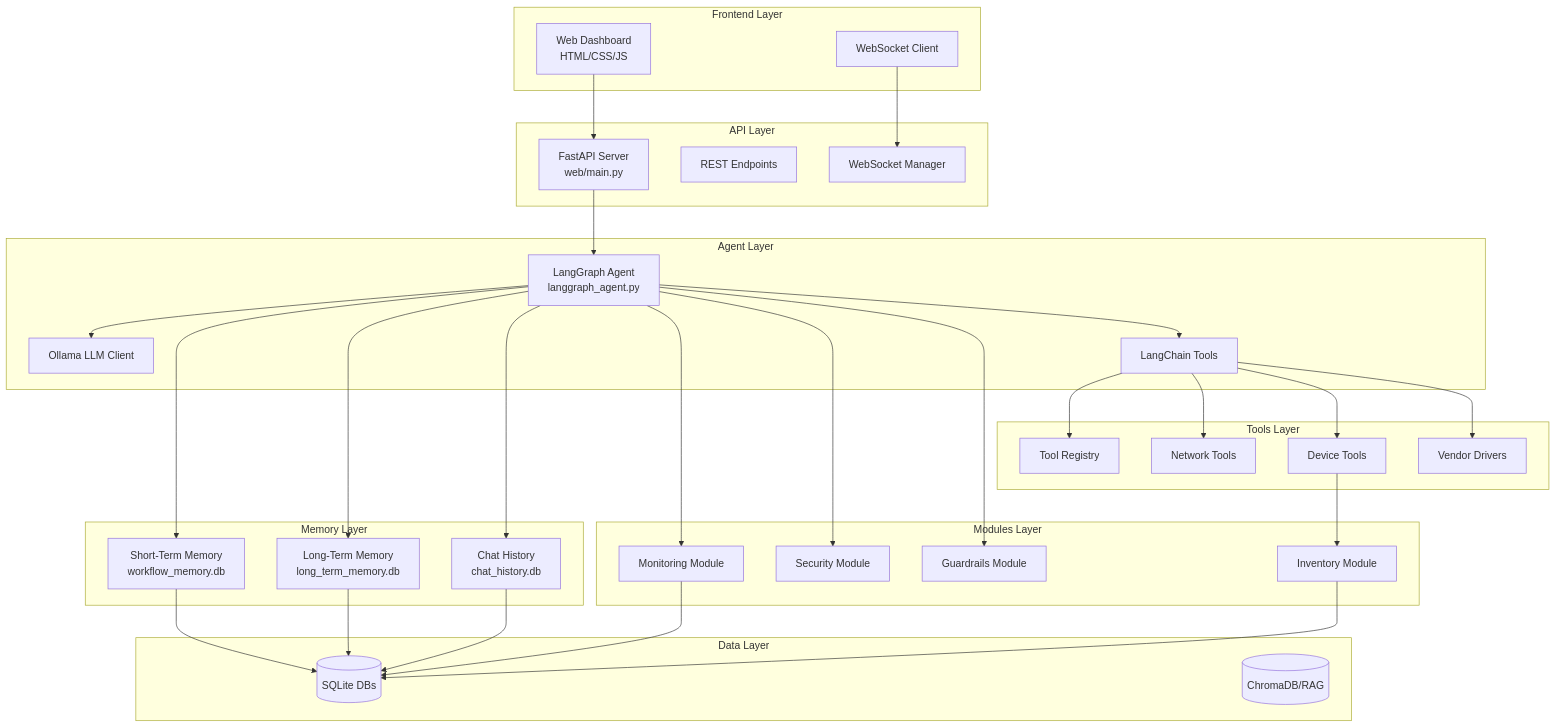
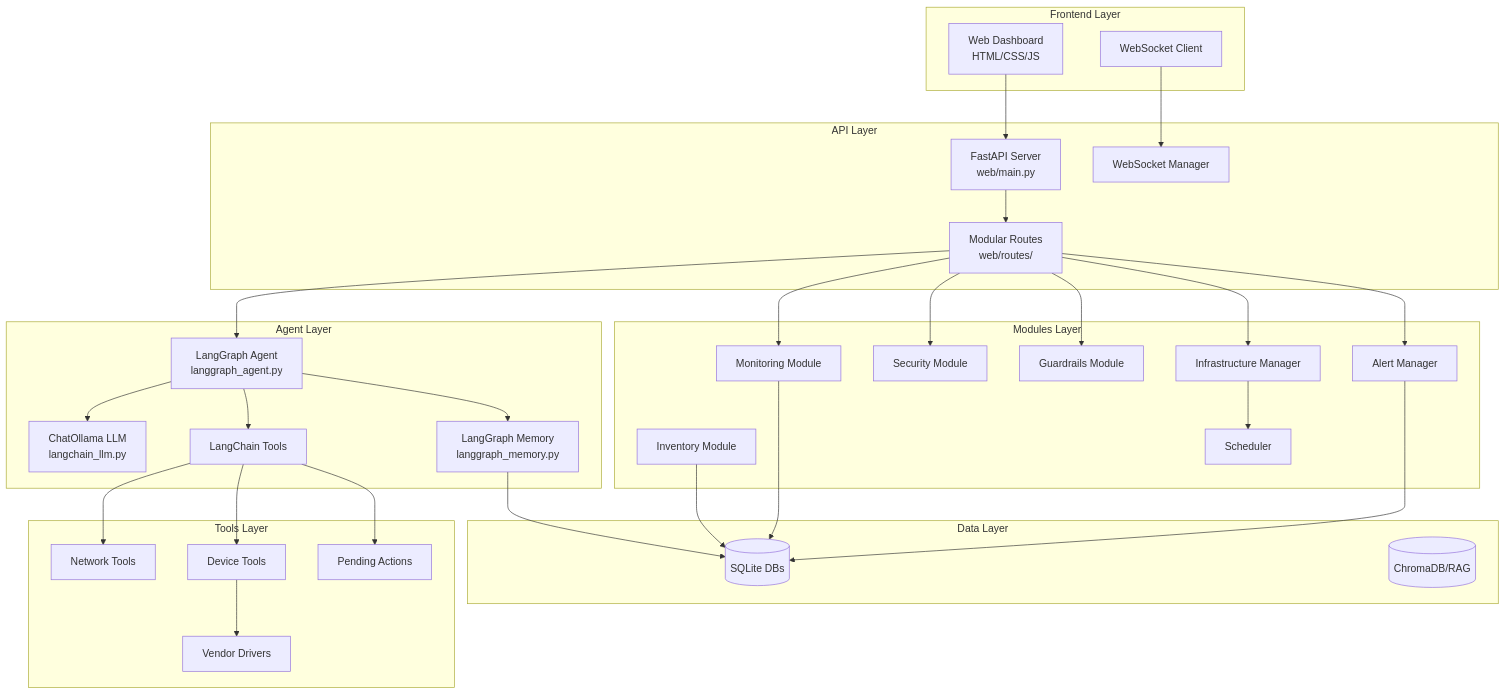
The first of 9 diagrams in README.md (IndraSugara/AgenticNet), drawn with Mermaid before and after one commit. The commit also changed other lines of this file and 6 other files, not shown here.

````diff
--- a/README.md
+++ b/README.md
@@ -11,66 +11,64 @@
 ```mermaid
 graph TB
     subgraph "Frontend Layer"
         WEB[Web Dashboard<br/>HTML/CSS/JS]
         WS[WebSocket Client]
     end
     
     subgraph "API Layer"
         FASTAPI[FastAPI Server<br/>web/main.py]
-        REST[REST Endpoints]
+        ROUTES[Modular Routes<br/>web/routes/]
         WSS[WebSocket Manager]
     end
     
     subgraph "Agent Layer"
         LANGGRAPH[LangGraph Agent<br/>langgraph_agent.py]
-        LLM[Ollama LLM Client]
+        LLM[ChatOllama LLM<br/>langchain_llm.py]
         TOOLS[LangChain Tools]
-    end
-    
-    subgraph "Memory Layer"
-        STM[Short-Term Memory<br/>workflow_memory.db]
-        LTM[Long-Term Memory<br/>long_term_memory.db]
-        CHAT[Chat History<br/>chat_history.db]
+        MEMORY[LangGraph Memory<br/>langgraph_memory.py]
     end
     
     subgraph "Tools Layer"
-        REGISTRY[Tool Registry]
         NETWORK[Network Tools]
         DEVICE[Device Tools]
+        PENDING[Pending Actions]
         VENDOR[Vendor Drivers]
     end
     
     subgraph "Modules Layer"
         MONITOR[Monitoring Module]
         SECURITY[Security Module]
         GUARDRAILS[Guardrails Module]
         INVENTORY[Inventory Module]
+        INFRA[Infrastructure Manager]
+        ALERT[Alert Manager]
+        SCHED[Scheduler]
     end
     
     subgraph "Data Layer"
         SQLITE[(SQLite DBs)]
         CHROMA[(ChromaDB/RAG)]
     end
     
     WEB --> FASTAPI
     WS --> WSS
-    FASTAPI --> LANGGRAPH
+    FASTAPI --> ROUTES
+    ROUTES --> LANGGRAPH
     LANGGRAPH --> LLM
     LANGGRAPH --> TOOLS
-    LANGGRAPH --> STM
-    LANGGRAPH --> LTM
-    LANGGRAPH --> CHAT
-    TOOLS --> REGISTRY
+    LANGGRAPH --> MEMORY
     TOOLS --> NETWORK
     TOOLS --> DEVICE
-    TOOLS --> VENDOR
-    LANGGRAPH --> MONITOR
-    LANGGRAPH --> SECURITY
-    LANGGRAPH --> GUARDRAILS
-    DEVICE --> INVENTORY
-    STM --> SQLITE
-    LTM --> SQLITE
-    CHAT --> SQLITE
+    TOOLS --> PENDING
+    DEVICE --> VENDOR
+    ROUTES --> MONITOR
+    ROUTES --> SECURITY
+    ROUTES --> GUARDRAILS
+    ROUTES --> INFRA
+    ROUTES --> ALERT
+    INFRA --> SCHED
     MONITOR --> SQLITE
     INVENTORY --> SQLITE
+    MEMORY --> SQLITE
+    ALERT --> SQLITE
 ```
````
